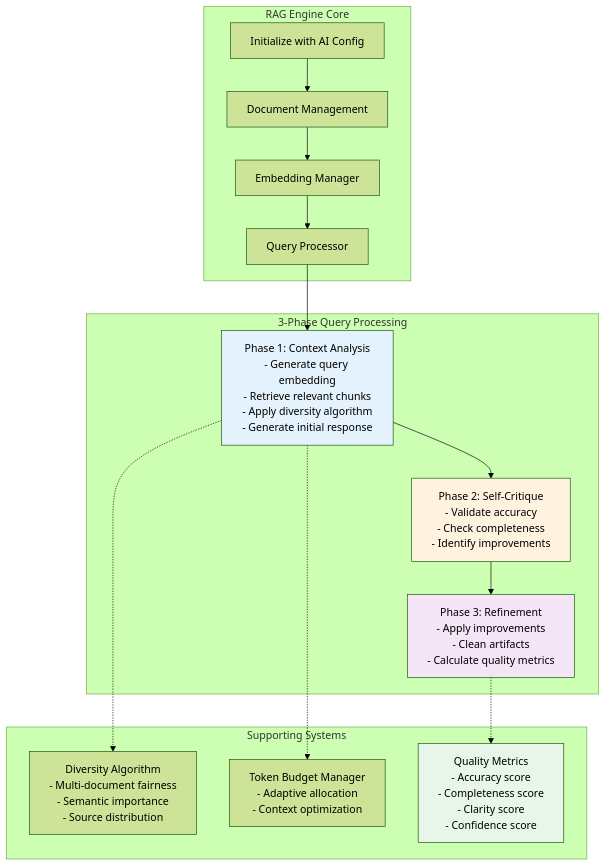
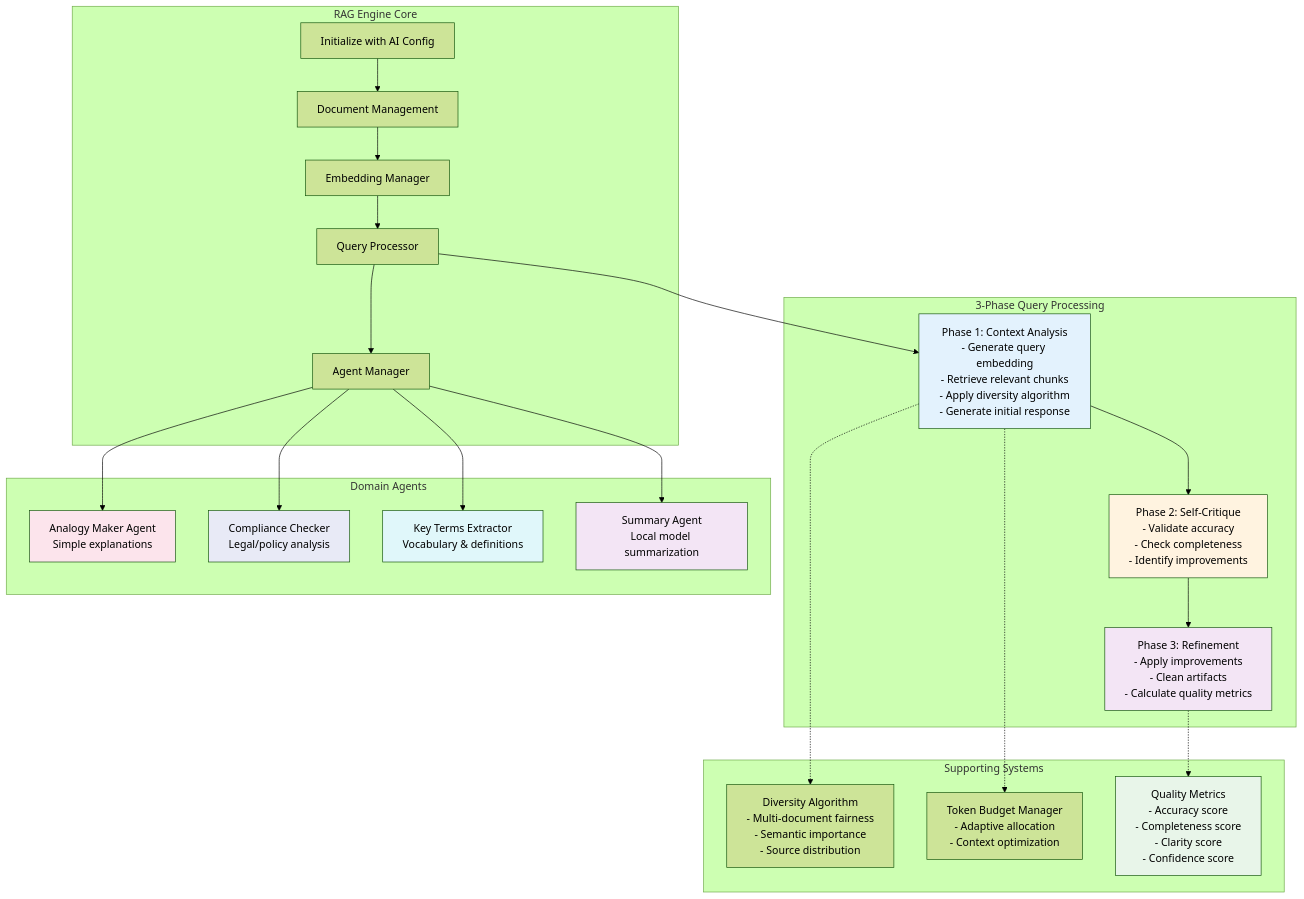
The third of 16 diagrams in docs/ARCHITECTURE_FLOWS.md (Kedhareswer/QuantumPDF_ChatApp_VectorDB), drawn with Mermaid (forest theme) before and after one commit. The commit also changed other lines of this file and 58 other files, not shown here.

````diff
--- a/docs/ARCHITECTURE_FLOWS.md
+++ b/docs/ARCHITECTURE_FLOWS.md
@@ -120,36 +141,53 @@
 ```mermaid
 graph TD
     subgraph "RAG Engine Core"
         INIT[Initialize with AI Config]
         DOC[Document Management]
         EMB[Embedding Manager]
         QUERY[Query Processor]
+        AGENT_MGR[Agent Manager]
     end
 
     subgraph "3-Phase Query Processing"
         P1[Phase 1: Context Analysis<br/>- Generate query embedding<br/>- Retrieve relevant chunks<br/>- Apply diversity algorithm<br/>- Generate initial response]
         P2[Phase 2: Self-Critique<br/>- Validate accuracy<br/>- Check completeness<br/>- Identify improvements]
         P3[Phase 3: Refinement<br/>- Apply improvements<br/>- Clean artifacts<br/>- Calculate quality metrics]
+    end
+
+    subgraph "Domain Agents"
+        ANALOGY[Analogy Maker Agent<br/>Simple explanations]
+        COMPLY[Compliance Checker<br/>Legal/policy analysis]
+        KEYTERMS[Key Terms Extractor<br/>Vocabulary & definitions]
+        SUMMARY[Summary Agent<br/>Local model summarization]
     end
 
     subgraph "Supporting Systems"
         DIV[Diversity Algorithm<br/>- Multi-document fairness<br/>- Semantic importance<br/>- Source distribution]
         TOKEN[Token Budget Manager<br/>- Adaptive allocation<br/>- Context optimization]
         QUALITY[Quality Metrics<br/>- Accuracy score<br/>- Completeness score<br/>- Clarity score<br/>- Confidence score]
     end
 
     INIT --> DOC
     DOC --> EMB
     EMB --> QUERY
     QUERY --> P1
     P1 --> P2
     P2 --> P3
     P1 -.-> DIV
     P1 -.-> TOKEN
     P3 -.-> QUALITY
+    QUERY --> AGENT_MGR
+    AGENT_MGR --> ANALOGY
+    AGENT_MGR --> COMPLY
+    AGENT_MGR --> KEYTERMS
+    AGENT_MGR --> SUMMARY
 
     style P1 fill:#e3f2fd
     style P2 fill:#fff3e0
     style P3 fill:#f3e5f5
     style QUALITY fill:#e8f5e9
+    style ANALOGY fill:#fce4ec
+    style COMPLY fill:#e8eaf6
+    style KEYTERMS fill:#e0f7fa
+    style SUMMARY fill:#f3e5f5
 ```
````
